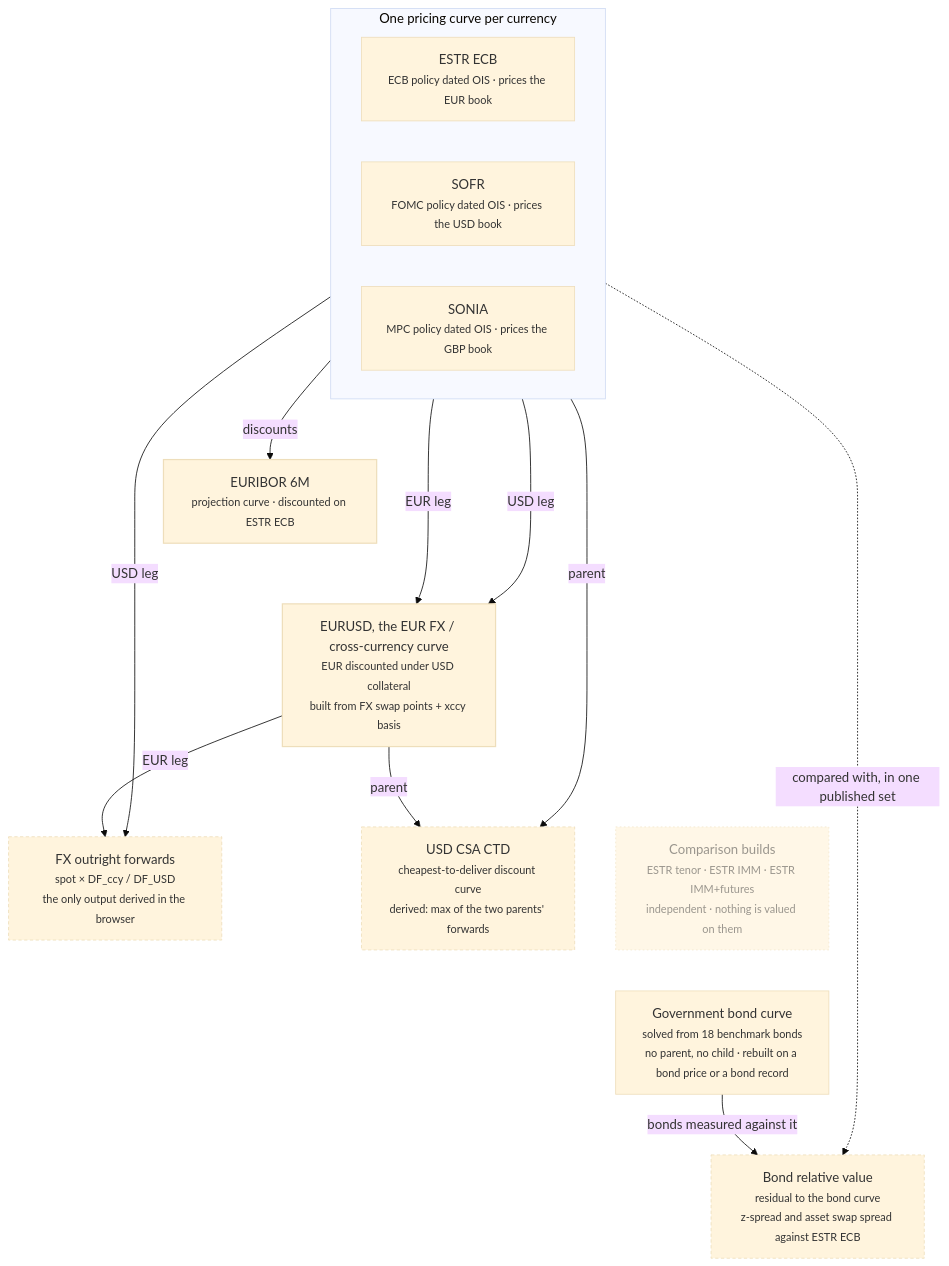
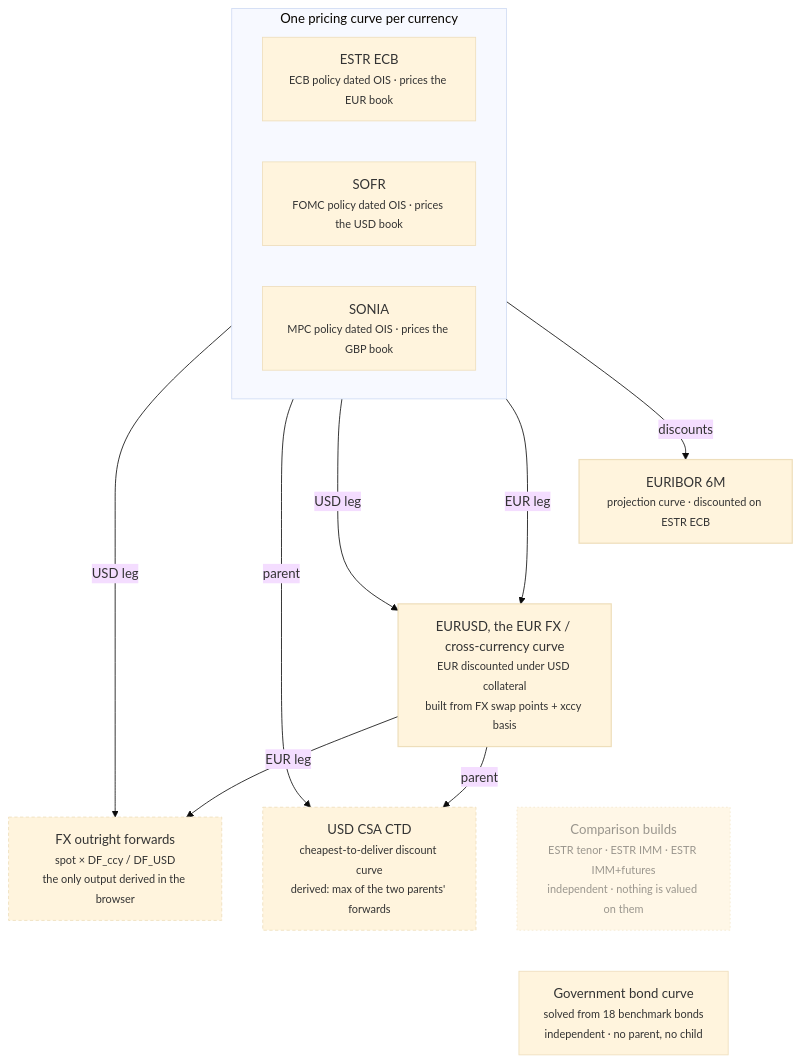
One commit to jrwglover/portfolio changed the diagram in src/components/dashboards/curve_model/diagrams/curve-graph.mmd. Above: the diagram before and after it, drawn with Mermaid (base theme). The commit also changed 15 other files, not shown here.

Commit message:
Bonds as one product among the others: ledes, tab names, architecture panel, pipeline gates and diagrams no longer single them out

```diff
--- a/src/components/dashboards/curve_model/diagrams/curve-graph.mmd
+++ b/src/components/dashboards/curve_model/diagrams/curve-graph.mmd
@@ -1,49 +1,44 @@
 %% Which curve needs which, and what is derived from them.
 %% The FX curve is named EURUSD in the engine and labelled "under USD
 %% collateral" on the chart; both names are given here.
 %% One curve per currency prices the book: ESTR ECB, SOFR and SONIA. The three
 %% comparison builds (ESTR tenor, ESTR IMM, ESTR IMM+futures) carry no
 %% dependencies and nothing is valued on them, so they share one node.
-%% The government bond curve has no parent and no child. Relative value reads
-%% it beside ESTR ECB, which is a comparison and not a dependency, so that
-%% link is dotted.
+%% The government bond curve has no parent and no child.
 flowchart TB
   subgraph PRC [One pricing curve per currency]
     direction LR
     ECB["ESTR ECB<br/><small>ECB policy dated OIS · prices the EUR book</small>"]
     SOFR["SOFR<br/><small>FOMC policy dated OIS · prices the USD book</small>"]
     SONIA["SONIA<br/><small>MPC policy dated OIS · prices the GBP book</small>"]
   end
 
   E6["EURIBOR 6M<br/><small>projection curve · discounted on ESTR ECB</small>"]
   XC["EURUSD, the EUR FX / cross-currency curve<br/><small>EUR discounted under USD collateral</small><br/><small>built from FX swap points + xccy basis</small>"]
 
   ECB -- "discounts" --> E6
   ECB -- "EUR leg" --> XC
   SOFR -- "USD leg" --> XC
 
   E6 ~~~ XC
 
   FWD["FX outright forwards<br/><small>spot × DF_ccy / DF_USD</small><br/><small>the only output derived in the browser</small>"]
   XC -- "EUR leg" --> FWD
   SOFR -- "USD leg" --> FWD
 
   CTD["USD CSA CTD<br/><small>cheapest-to-deliver discount curve</small><br/><small>derived: max of the two parents' forwards</small>"]
   SOFR -- "parent" --> CTD
   XC -- "parent" --> CTD
 
   CMP["Comparison builds<br/><small>ESTR tenor · ESTR IMM · ESTR IMM+futures</small><br/><small>independent · nothing is valued on them</small>"]
   XC ~~~ CMP
 
-  GOV["Government bond curve<br/><small>solved from 18 benchmark bonds</small><br/><small>no parent, no child · rebuilt on a bond price or a bond record</small>"]
+  GOV["Government bond curve<br/><small>solved from 18 benchmark bonds</small><br/><small>independent · no parent, no child</small>"]
   CMP ~~~ GOV
-  RV["Bond relative value<br/><small>residual to the bond curve</small><br/><small>z-spread and asset swap spread against ESTR ECB</small>"]
-  GOV -- "bonds measured against it" --> RV
-  ECB -. "compared with, in one published set" .-> RV
 
   classDef dep stroke-width:1.5px
   classDef derived stroke-dasharray:4 3
   classDef cmp stroke-dasharray:2 3,opacity:0.7
   class E6,XC dep
-  class FWD,CTD,RV derived
+  class FWD,CTD derived
   class CMP cmp
```
